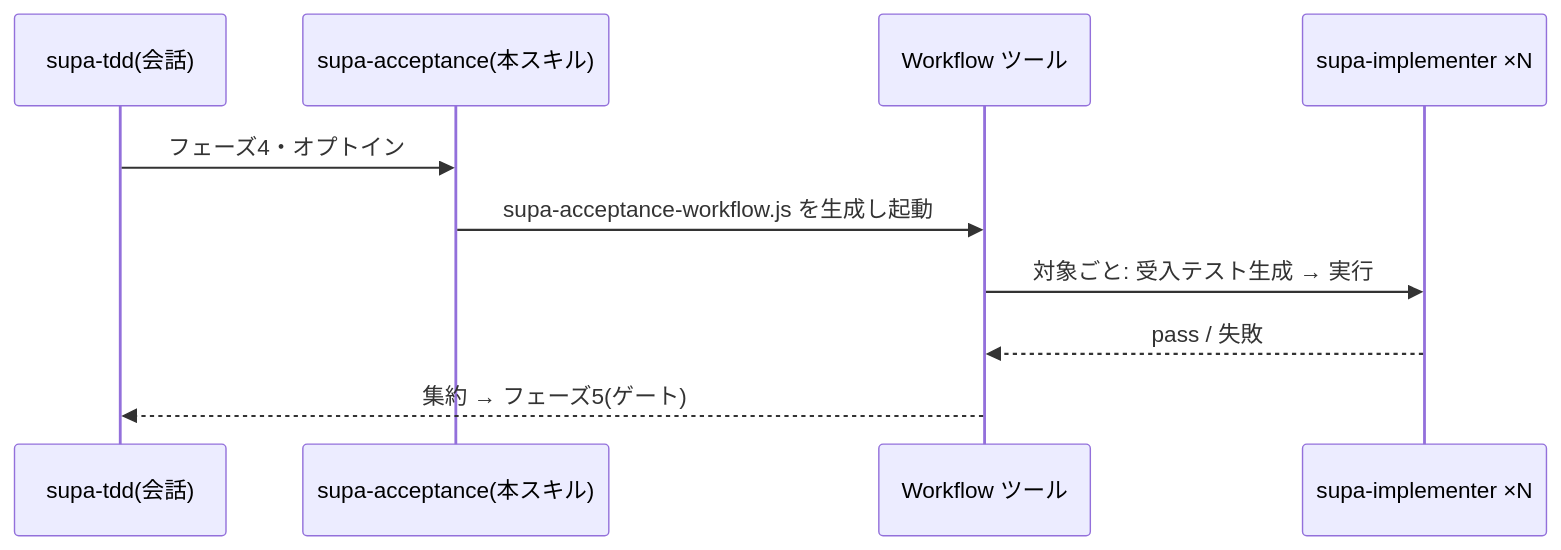
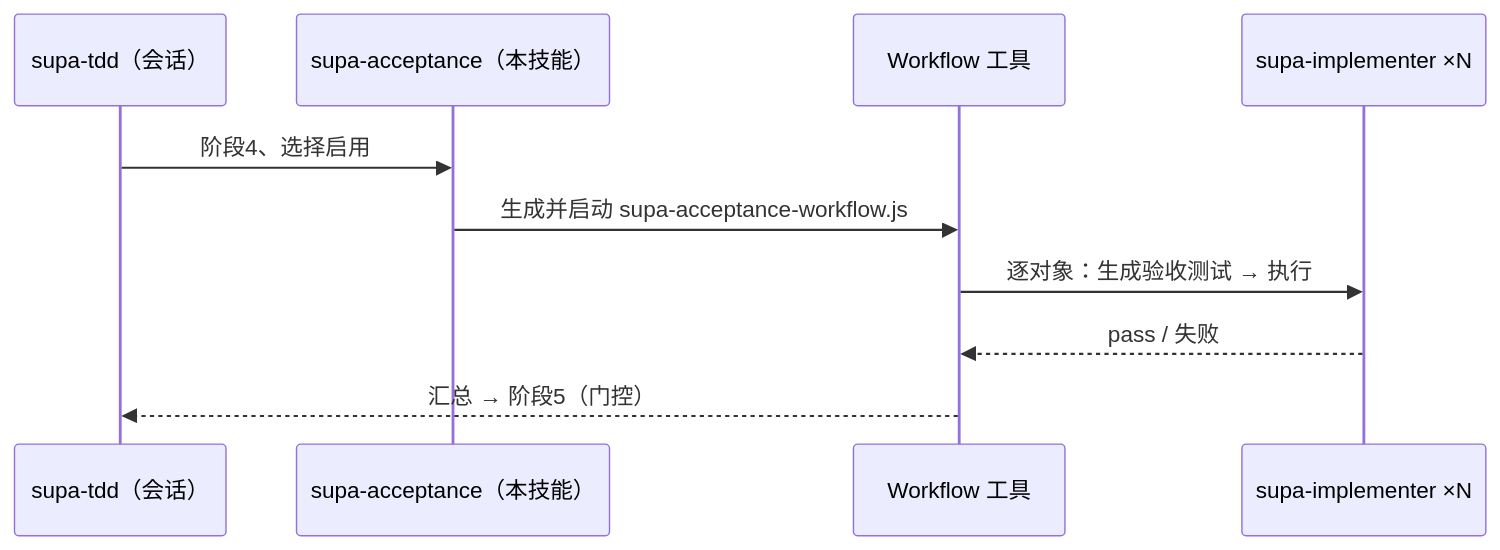
Before and after one commit to magcen-zone/supadevops: the diagram in skills/supa-acceptance/SKILL.md, drawn with Mermaid. The commit also changed other lines of this file and 11 other files, not shown here.

````diff
--- a/skills/supa-acceptance/SKILL.md
+++ b/skills/supa-acceptance/SKILL.md
@@ -12,12 +12,12 @@
 ```mermaid
 sequenceDiagram
-    participant S as supa-tdd(会話)
-    participant K as supa-acceptance(本スキル)
-    participant W as Workflow ツール
+    participant S as supa-tdd（会话）
+    participant K as supa-acceptance（本技能）
+    participant W as Workflow 工具
     participant A as supa-implementer ×N
-    S->>K: フェーズ4・オプトイン
-    K->>W: supa-acceptance-workflow.js を生成し起動
-    W->>A: 対象ごと: 受入テスト生成 → 実行
-    A-->>W: pass / 失敗
-    W-->>S: 集約 → フェーズ5(ゲート)
+    S->>K: 阶段4、选择启用
+    K->>W: 生成并启动 supa-acceptance-workflow.js
+    W->>A: 逐对象：生成验收测试 → 执行
+    A-->>W: pass / 失败
+    W-->>S: 汇总 → 阶段5（门控）
 ```
````
